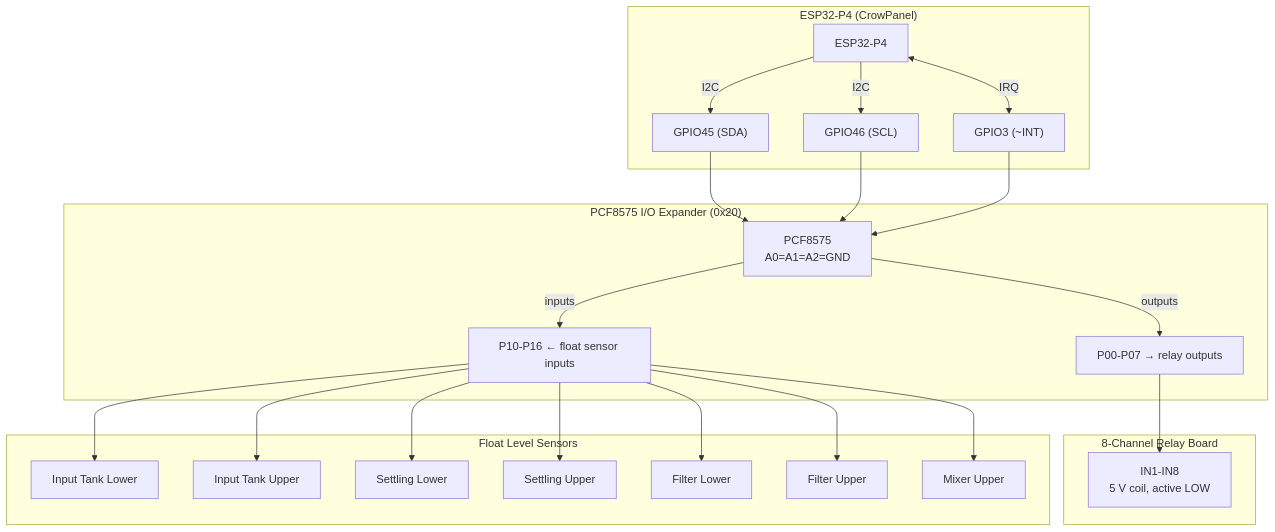
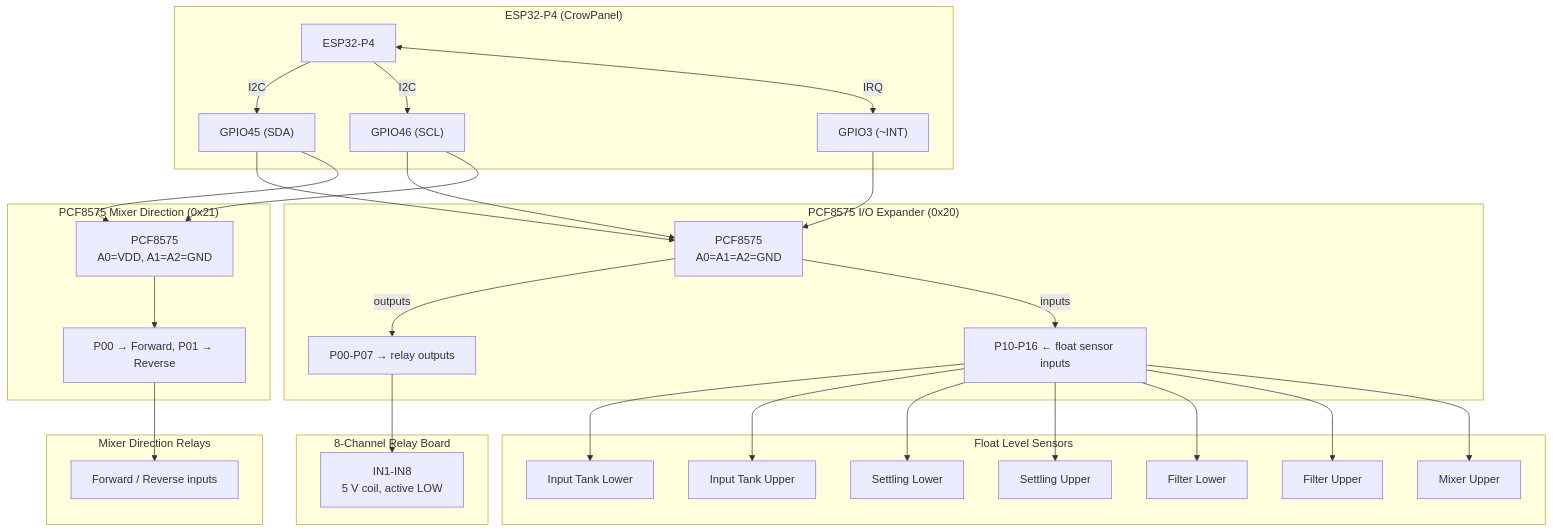
One commit to janreinhartp/FarmWasteSolidAndLiquidSeparatorMachine changed the diagram in README.md. Above: the diagram before and after it, drawn with Mermaid. The commit also changed other lines of this file and 9 other files, not shown here.

Commit message:
Enhance mixer control: add support for forward/reverse direction, update settings, and improve UI integration

````diff
--- a/README.md
+++ b/README.md
@@ -25,46 +25,59 @@
 ```mermaid
 flowchart TB
     subgraph MCU["ESP32-P4 (CrowPanel)"]
         ESP["ESP32-P4"]
         SDA["GPIO45 (SDA)"]
         SCL["GPIO46 (SCL)"]
         INT["GPIO3 (~INT)"]
     end
 
     subgraph PCF["PCF8575 I/O Expander (0x20)"]
         EXP["PCF8575\nA0=A1=A2=GND"]
         OUT["P00-P07 → relay outputs"]
         INP["P10-P16 ← float sensor inputs"]
     end
 
+    subgraph PCF_MIXER["PCF8575 Mixer Direction (0x21)"]
+      EXP_MIXER["PCF8575\nA0=VDD, A1=A2=GND"]
+      DIR["P00 → Forward, P01 → Reverse"]
+    end
+
     subgraph RELAYS["8-Channel Relay Board"]
         RELAY["IN1-IN8\n5 V coil, active LOW"]
+    end
+
+    subgraph MIXER_RELAYS["Mixer Direction Relays"]
+      MIXER_RELAY["Forward / Reverse inputs"]
     end
 
     subgraph SENSORS["Float Level Sensors"]
         S1["Input Tank Lower"]
         S2["Input Tank Upper"]
         S3["Settling Lower"]
         S4["Settling Upper"]
         S5["Filter Lower"]
         S6["Filter Upper"]
         S7["Mixer Upper"]
     end
 
     ESP -->|I2C| SDA
     ESP -->|I2C| SCL
     ESP <-->|IRQ| INT
     SDA --> EXP
     SCL --> EXP
+    SDA --> EXP_MIXER
+    SCL --> EXP_MIXER
     INT --> EXP
     EXP -->|outputs| OUT
     OUT --> RELAY
+    EXP_MIXER --> DIR
+    DIR --> MIXER_RELAY
     EXP -->|inputs| INP
     INP --> S1
     INP --> S2
     INP --> S3
     INP --> S4
     INP --> S5
     INP --> S6
     INP --> S7
 ```
````
